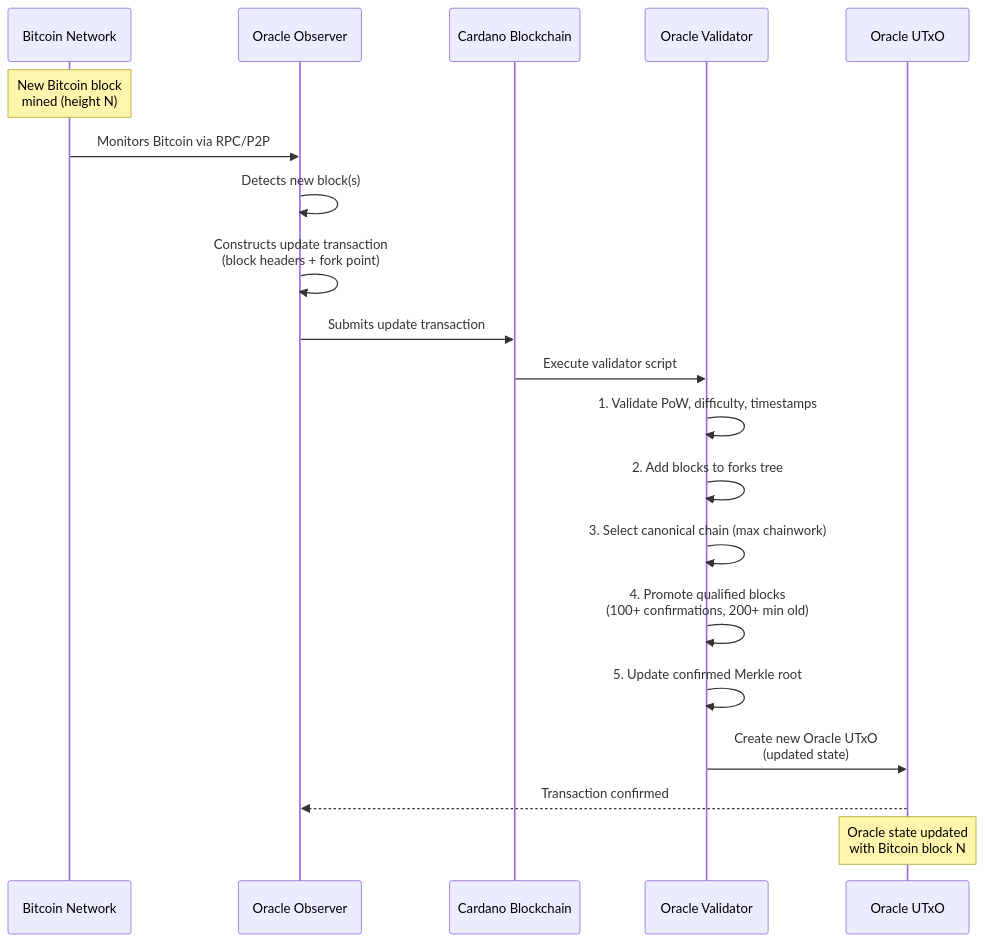
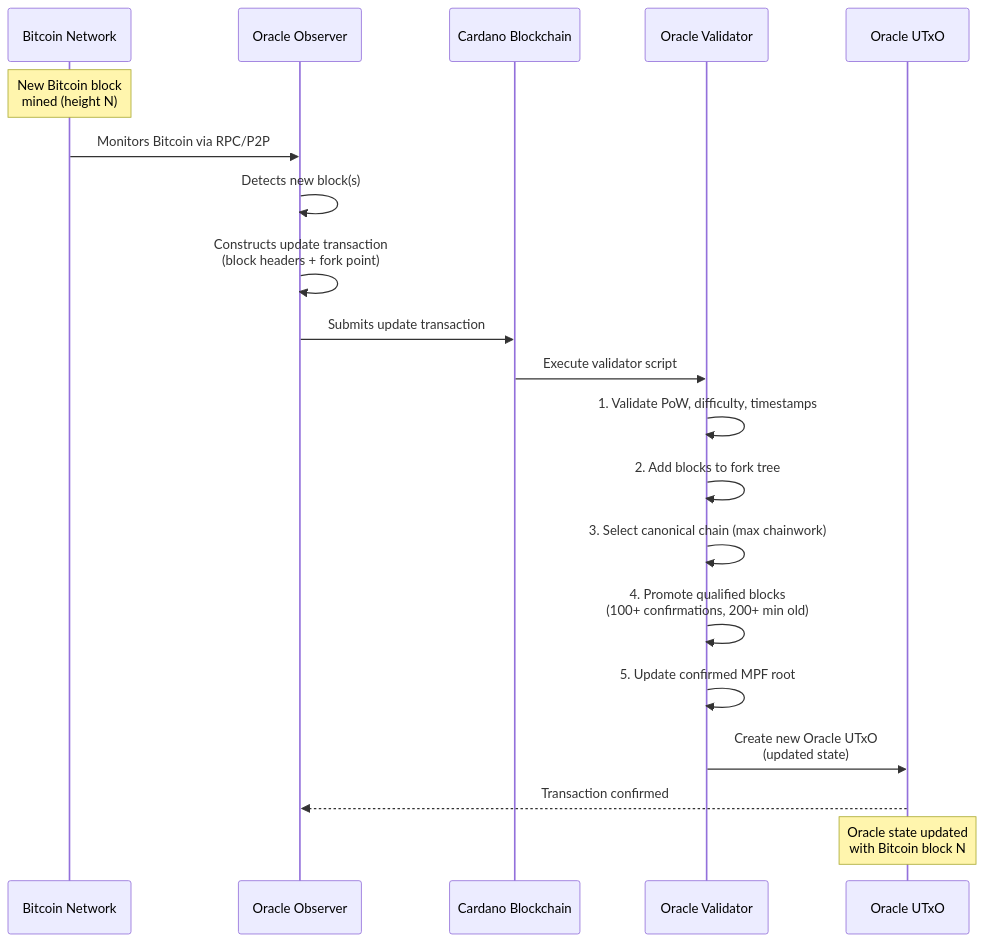
The first of 5 diagrams in Whitepaper.md (lantr-io/binocular), drawn with Mermaid before and after one commit. The commit also changed other lines of this file and 5 other files, not shown here.

````diff
--- a/Whitepaper.md
+++ b/Whitepaper.md
@@ -925,28 +1391,28 @@
 ```mermaid
 sequenceDiagram
     participant BTC as Bitcoin Network
     participant Observer as Oracle Observer
     participant Cardano as Cardano Blockchain
     participant Validator as Oracle Validator
     participant UTxO as Oracle UTxO
 
     Note over BTC: New Bitcoin block<br/>mined (height N)
 
     BTC->>Observer: Monitors Bitcoin via RPC/P2P
     Observer->>Observer: Detects new block(s)
     Observer->>Observer: Constructs update transaction<br/>(block headers + fork point)
 
     Observer->>Cardano: Submits update transaction
 
     Cardano->>Validator: Execute validator script
     Validator->>Validator: 1. Validate PoW, difficulty, timestamps
-    Validator->>Validator: 2. Add blocks to forks tree
+    Validator->>Validator: 2. Add blocks to fork tree
     Validator->>Validator: 3. Select canonical chain (max chainwork)
     Validator->>Validator: 4. Promote qualified blocks<br/>(100+ confirmations, 200+ min old)
-    Validator->>Validator: 5. Update confirmed Merkle root
+    Validator->>Validator: 5. Update confirmed MPF root
 
     Validator->>UTxO: Create new Oracle UTxO<br/>(updated state)
     UTxO-->>Observer: Transaction confirmed
 
     Note over UTxO: Oracle state updated<br/>with Bitcoin block N
 ```
````
